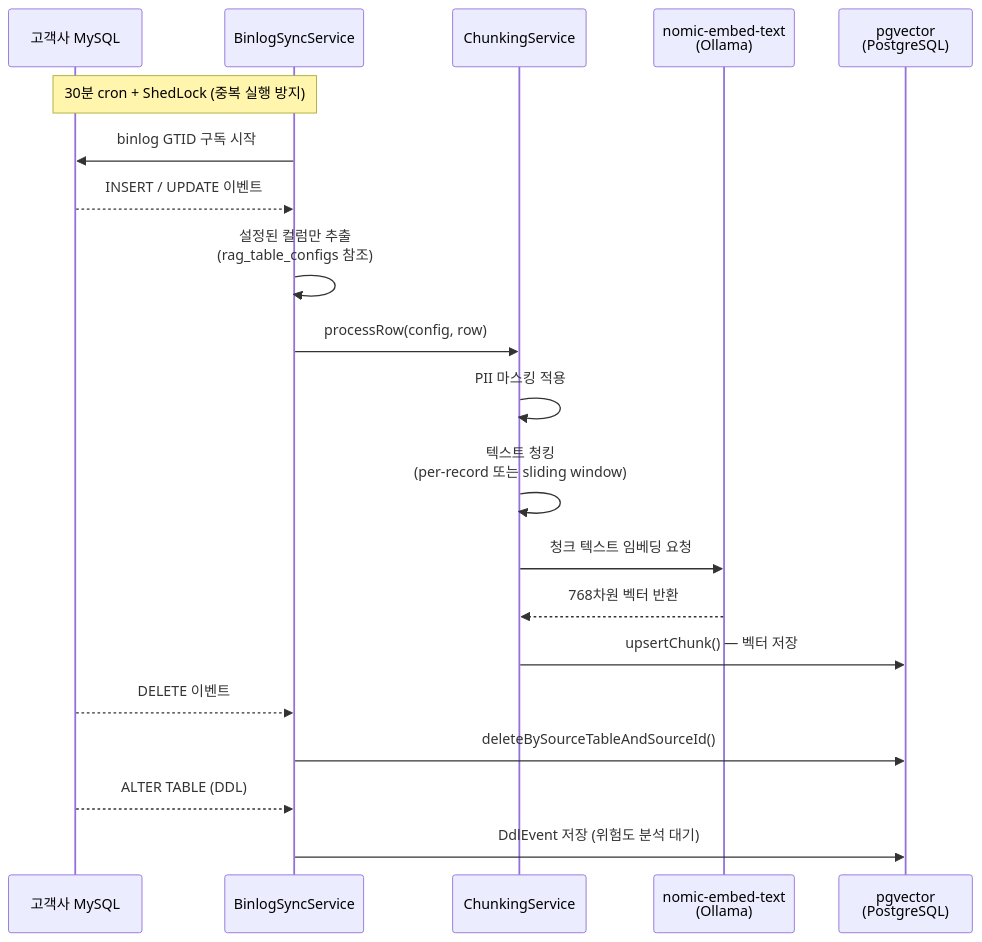
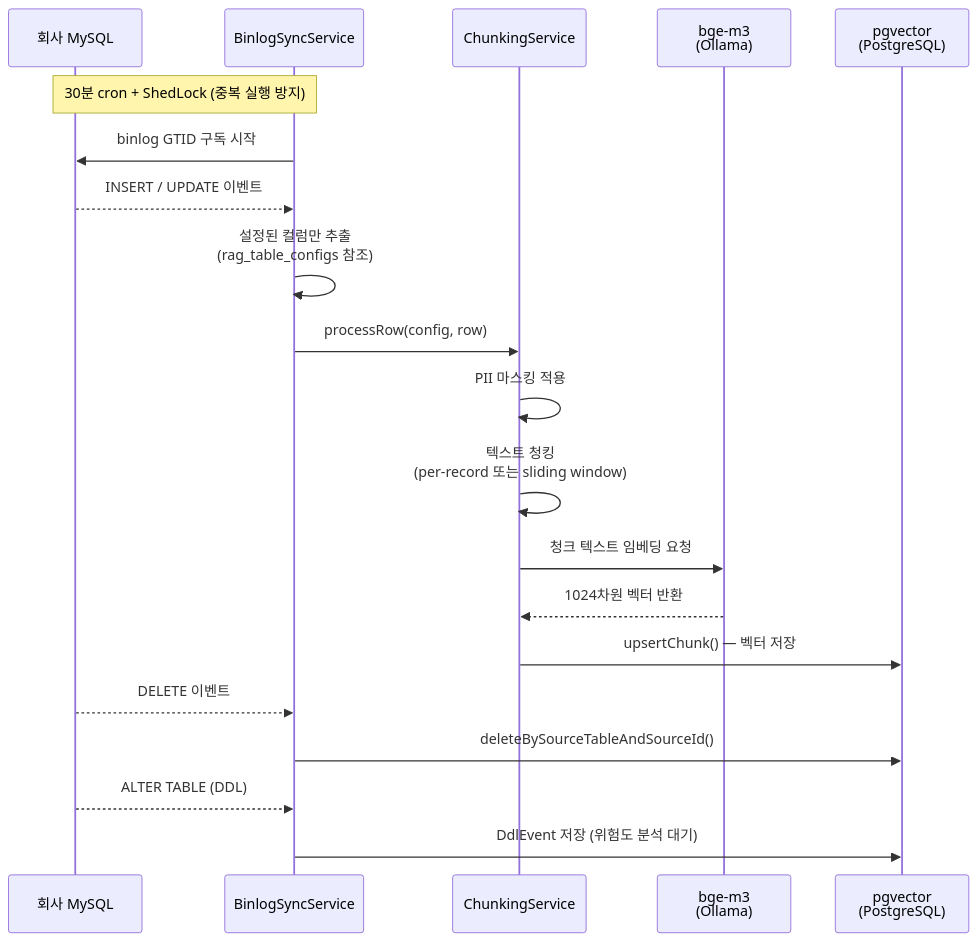
One commit to nittre/ragvault changed the second of 9 diagrams in README.md. Above: the diagram before and after it, drawn with Mermaid. The commit also changed other lines of this file and 32 other files, not shown here.

````diff
--- a/README.md
+++ b/README.md
@@ -143,28 +122,28 @@
 ```mermaid
 sequenceDiagram
-    participant M as 고객사 MySQL
+    participant M as 회사 MySQL
     participant B as BinlogSyncService
     participant C as ChunkingService
-    participant E as nomic-embed-text<br/>(Ollama)
+    participant E as bge-m3<br/>(Ollama)
     participant P as pgvector<br/>(PostgreSQL)
 
     Note over M,B: 30분 cron + ShedLock (중복 실행 방지)
 
     B->>M: binlog GTID 구독 시작
     M-->>B: INSERT / UPDATE 이벤트
 
     B->>B: 설정된 컬럼만 추출<br/>(rag_table_configs 참조)
     B->>C: processRow(config, row)
 
     C->>C: PII 마스킹 적용
     C->>C: 텍스트 청킹<br/>(per-record 또는 sliding window)
     C->>E: 청크 텍스트 임베딩 요청
-    E-->>C: 768차원 벡터 반환
+    E-->>C: 1024차원 벡터 반환
     C->>P: upsertChunk() — 벡터 저장
 
     M-->>B: DELETE 이벤트
     B->>P: deleteBySourceTableAndSourceId()
 
     M-->>B: ALTER TABLE (DDL)
     B->>P: DdlEvent 저장 (위험도 분석 대기)
 ```
````
